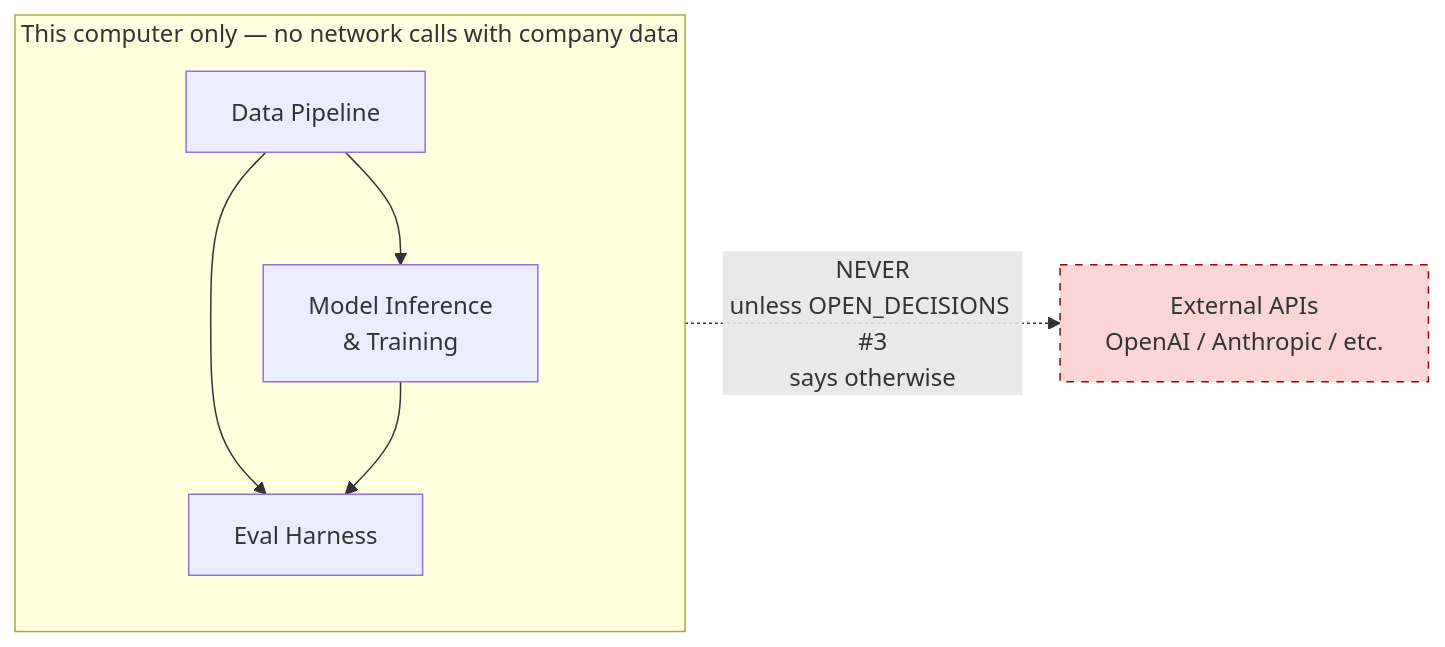
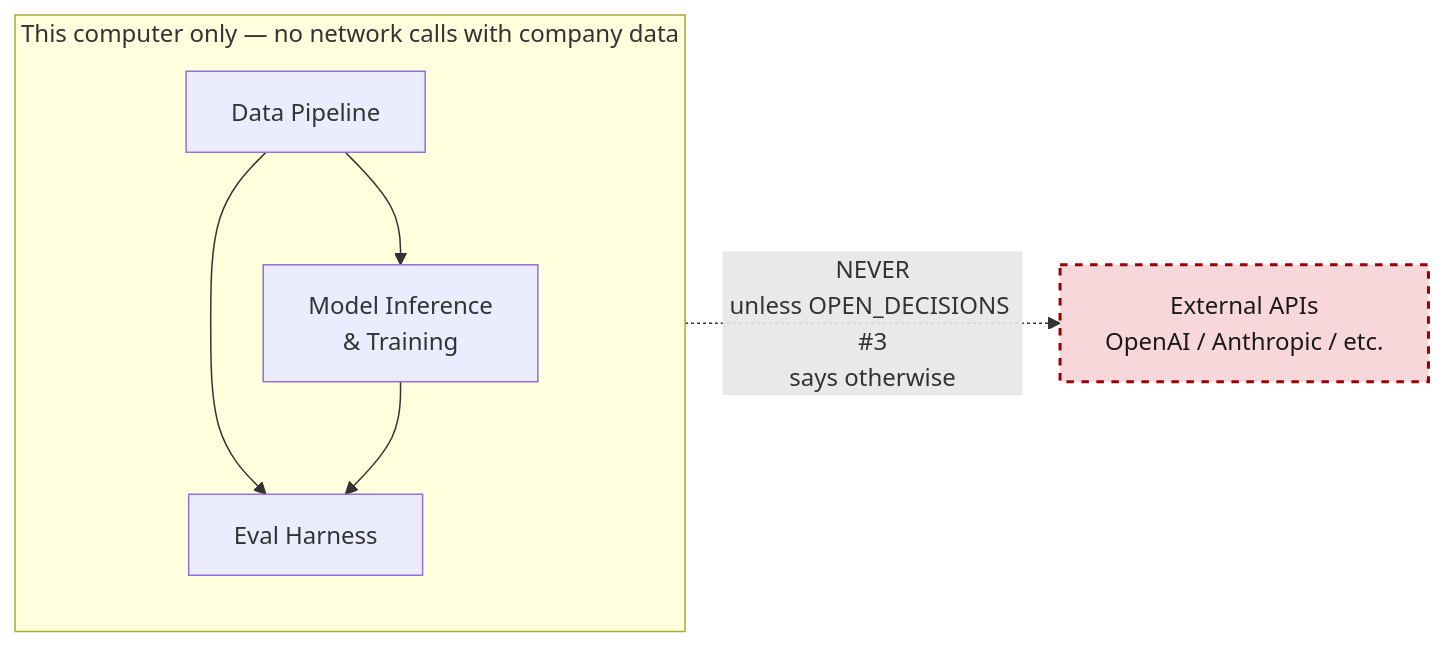
One commit to Akashkar00/notechat-qlora-eval changed the second of 5 diagrams in docs/ARCHITECTURE.md. Above: the diagram before and after it, drawn with Mermaid. The commit also changed other lines of this file and 7 other files, not shown here.

````diff
--- a/docs/ARCHITECTURE.md
+++ b/docs/ARCHITECTURE.md
@@ -34,16 +34,16 @@
 ```mermaid
 flowchart LR
     subgraph LOCAL["This computer only — no network calls with company data"]
         direction TB
         P1[Data Pipeline]
         P2[Eval Harness]
         P3[Model Inference\n& Training]
         P1 --> P2
         P1 --> P3
         P3 --> P2
     end
     EXT[External APIs\nOpenAI / Anthropic / etc.]
     LOCAL -. NEVER\nunless OPEN_DECISIONS #3\nsays otherwise .-> EXT
 
-    style EXT fill:#f9d5d5,stroke:#900,stroke-dasharray: 5 5
+    style EXT fill:#f8d7da,stroke:#900,stroke-width:2px,stroke-dasharray: 5 5,color:#1a1a1a
 ```
````
